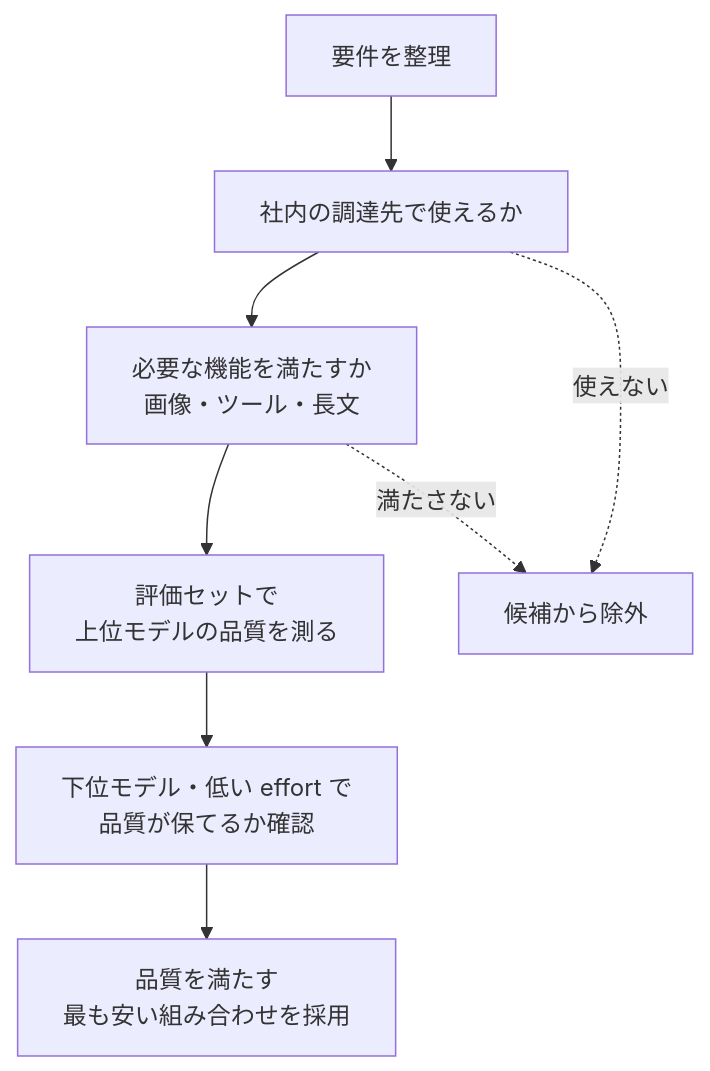
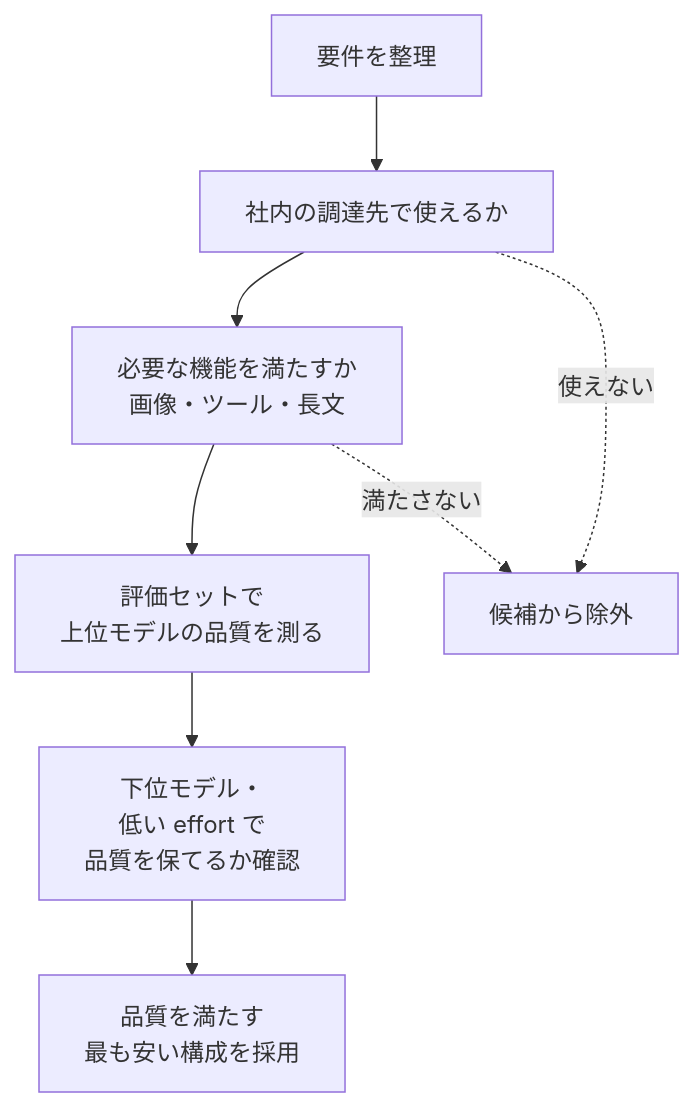
Before and after one commit to mike-sugimoto/ai-tech-notes: the second of 2 diagrams in src/content/docs/llm-basics/models.md, drawn with Mermaid. The commit also changed 9 other files, not shown here.

First line of the commit message:
Revise anti-patterns chapter and fix clipped Mermaid labels

````diff
--- a/src/content/docs/llm-basics/models.md
+++ b/src/content/docs/llm-basics/models.md
@@ -57,10 +57,10 @@
 ```mermaid
 flowchart TB
     START[要件を整理] --> AV[社内の調達先で使えるか]
     AV --> MOD[必要な機能を満たすか<br/>画像・ツール・長文]
     MOD --> EV[評価セットで<br/>上位モデルの品質を測る]
-    EV --> DOWN[下位モデル・低い effort で<br/>品質が保てるか確認]
-    DOWN --> PICK[品質を満たす<br/>最も安い組み合わせを採用]
+    EV --> DOWN[下位モデル・<br/>低い effort で<br/>品質を保てるか確認]
+    DOWN --> PICK[品質を満たす<br/>最も安い構成を採用]
     AV -. 使えない .-> X[候補から除外]
     MOD -. 満たさない .-> X
 ```
````
